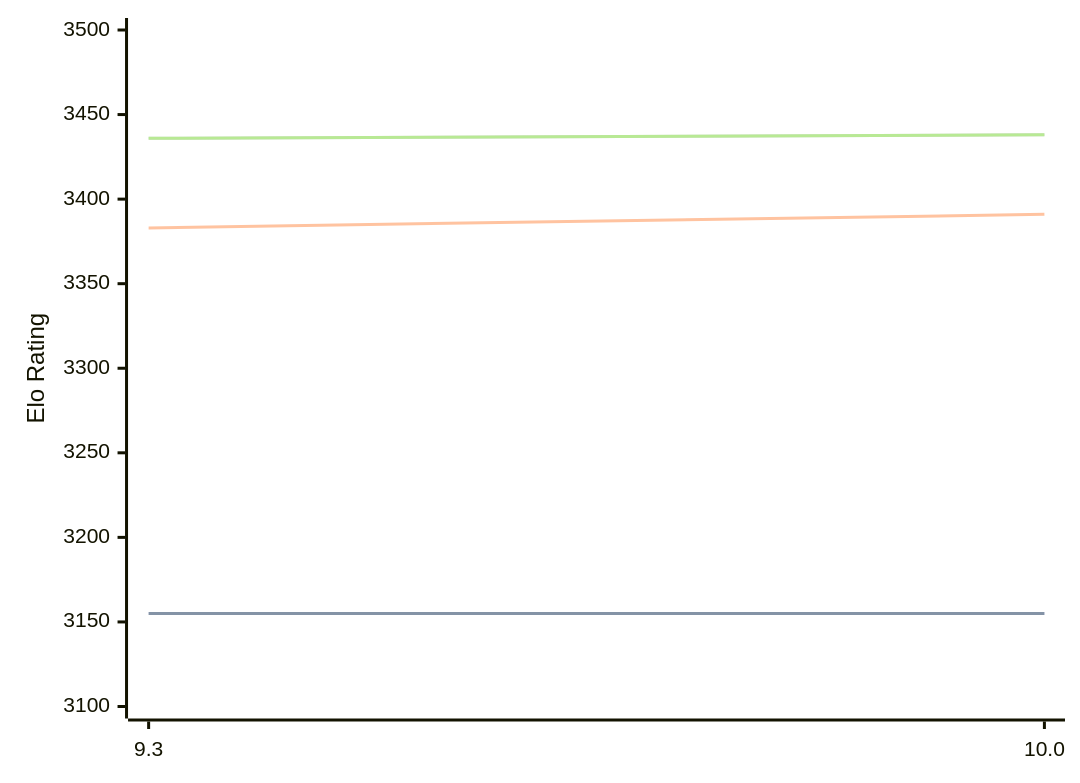
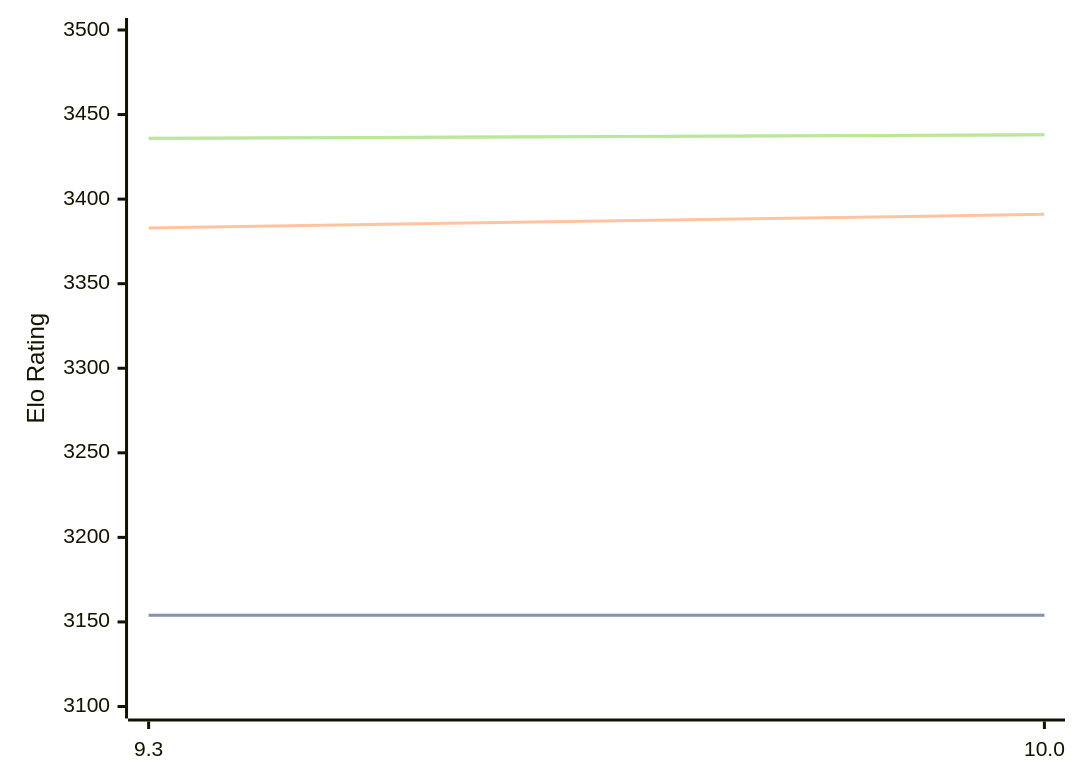
The diagram in engines/Fire.md (computer-chess-index/cci), drawn with Mermaid before and after one commit. The commit also changed other lines of this file, not shown here.

````diff
--- a/engines/Fire.md
+++ b/engines/Fire.md
@@ -32,11 +32,11 @@
 ```mermaid
 %%{init: {"theme":"base","themeVariables":{"seriesColors:['#a3a3a3','#222221','#faa371']}}}%%
 xychart-beta
   x-axis ["9.3", "10.0"]
   y-axis "Elo Rating" 3100 --> 3500
-  line "" [3155, 3155]
-  line "STC (8.0+0.08s)" [3155, 3155]
+  line "" [3154, 3154]
+  line "STC (8.0+0.08s)" [3154, 3154]
   line "LTC (60.0+0.60s)" [3383, 3391]
   line "" [3436, 3438]
   line "VLTC (2m24s+1.12s)" [3436, 3438]
 ```
````
